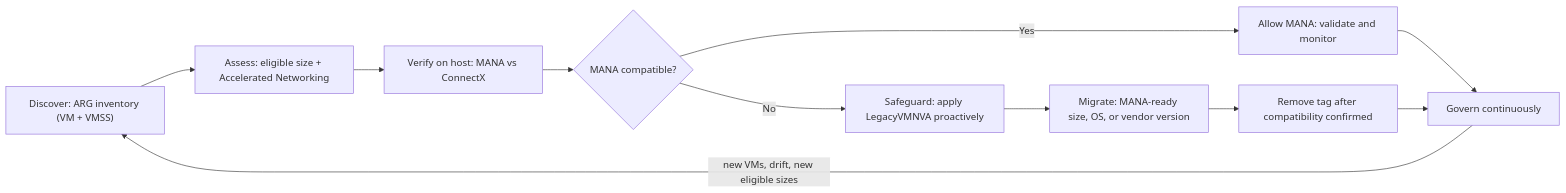
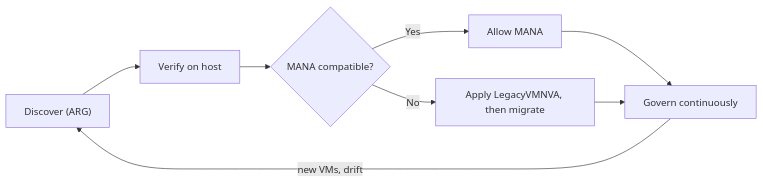
One commit to kpkool/azure-mana-nva-toolkit changed the first of 2 diagrams in README.md. Above: the diagram before and after it, drawn with Mermaid. The commit also changed other lines of this file, not shown here.

Commit message:
Simplify README process diagrams (high-level + technical)

````diff
--- a/README.md
+++ b/README.md
@@ -33,13 +33,10 @@
 ```mermaid
 flowchart LR
-  A["Discover: ARG inventory (VM + VMSS)"] --> B["Assess: eligible size + Accelerated Networking"]
-  B --> C["Verify on host: MANA vs ConnectX"]
-  C --> D{"MANA compatible?"}
-  D -->|"Yes"| E["Allow MANA: validate and monitor"]
-  D -->|"No"| F["Safeguard: apply LegacyVMNVA proactively"]
-  F --> G["Migrate: MANA-ready size, OS, or vendor version"]
-  G --> H["Remove tag after compatibility confirmed"]
-  E --> I["Govern continuously"]
-  H --> I
-  I -->|"new VMs, drift, new eligible sizes"| A
+  A["Discover (ARG)"] --> B["Verify on host"]
+  B --> C{"MANA compatible?"}
+  C -->|"Yes"| D["Allow MANA"]
+  C -->|"No"| E["Apply LegacyVMNVA, then migrate"]
+  D --> F["Govern continuously"]
+  E --> F
+  F -->|"new VMs, drift"| A
 ```
````
